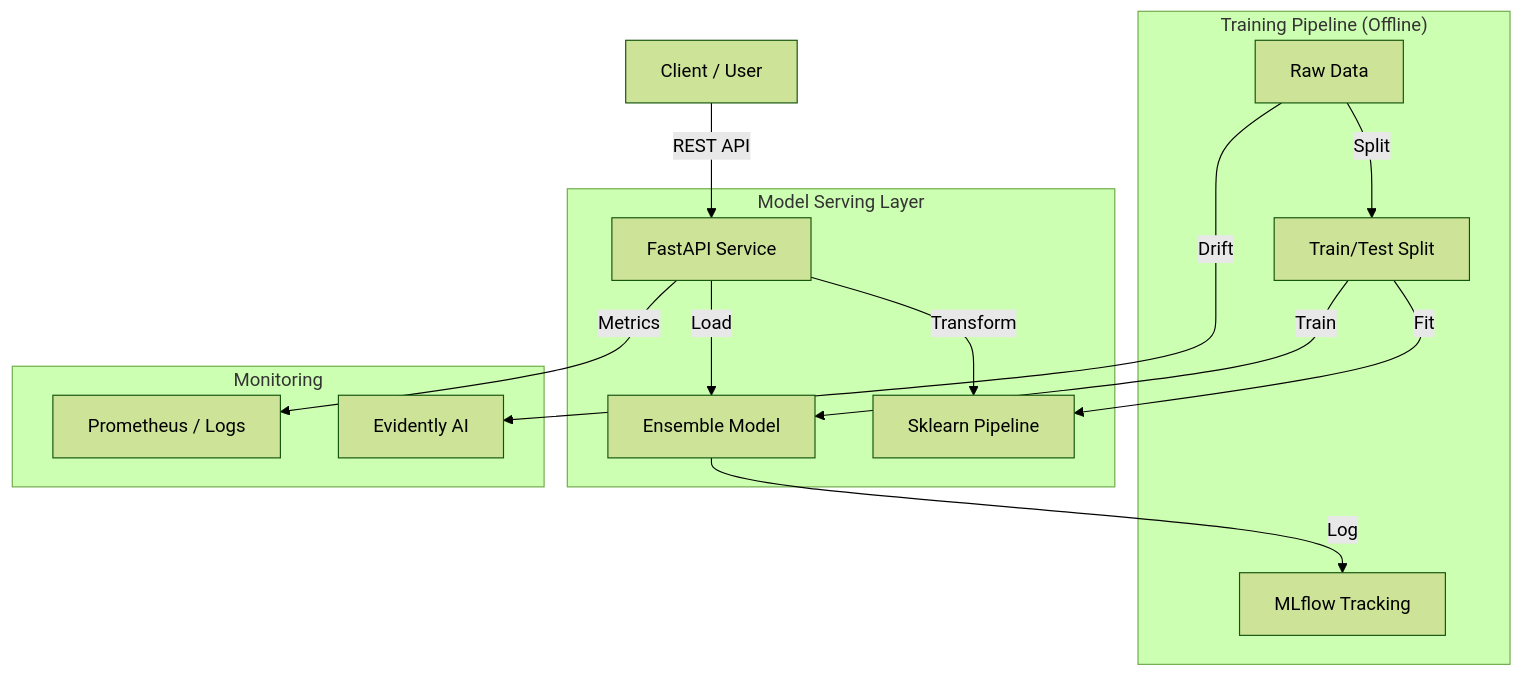
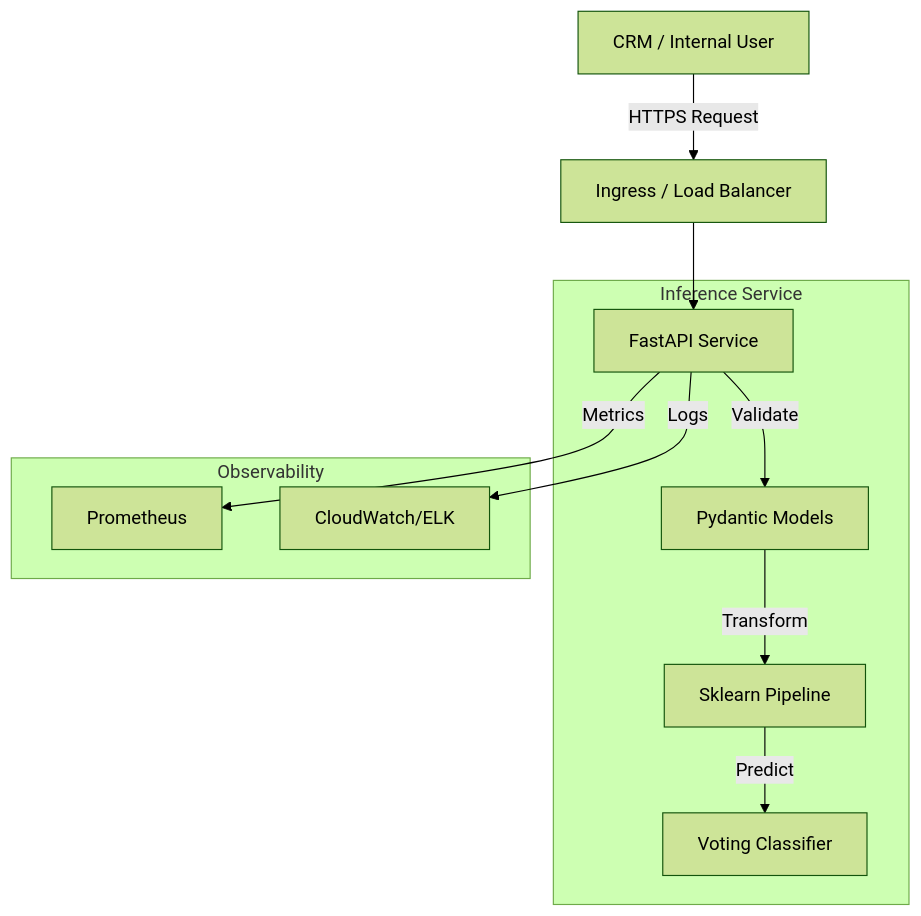
Before and after one commit to DuqueOM/ML-MLOps-Portfolio: the first of 2 diagrams in BankChurn-Predictor/ARCHITECTURE.md, drawn with Mermaid (forest theme). The commit also changed other lines of this file and 121 other files, not shown here.

````diff
--- a/BankChurn-Predictor/ARCHITECTURE.md
+++ b/BankChurn-Predictor/ARCHITECTURE.md
@@ -27,21 +23,16 @@
 ```mermaid
 graph TD
-    User[Client / User] -->|REST API| API[FastAPI Service]
+    User[CRM / Internal User] -->|HTTPS Request| LoadBalancer[Ingress / Load Balancer]
+    LoadBalancer --> API[FastAPI Service]
     
-    subgraph "Model Serving Layer"
-    API -->|Load| Model[Ensemble Model]
-    API -->|Transform| Preprocessor[Sklearn Pipeline]
+    subgraph "Inference Service"
+        API -->|Validate| Schema[Pydantic Models]
+        Schema -->|Transform| Preprocessor[Sklearn Pipeline]
+        Preprocessor -->|Predict| Model[Voting Classifier]
     end
     
-    subgraph "Training Pipeline (Offline)"
-    Raw[Raw Data] -->|Split| TrainTest[Train/Test Split]
-    TrainTest -->|Fit| Preprocessor
-    TrainTest -->|Train| Model
-    Model -->|Log| MLflow[MLflow Tracking]
-    end
-    
-    subgraph "Monitoring"
-    API -->|Metrics| Prometheus[Prometheus / Logs]
-    Raw -->|Drift| Evidently[Evidently AI]
+    subgraph "Observability"
+        API -->|Metrics| Prometheus
+        API -->|Logs| CloudWatch/ELK
     end
 ```
````
